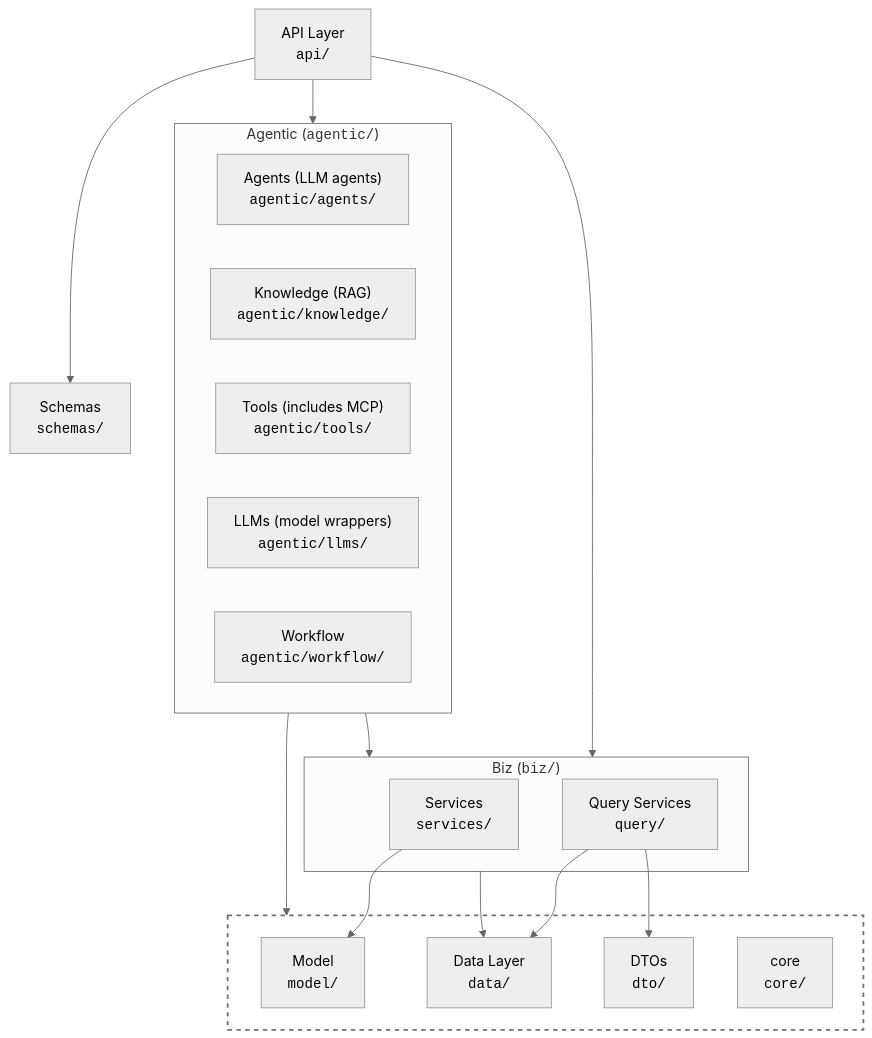
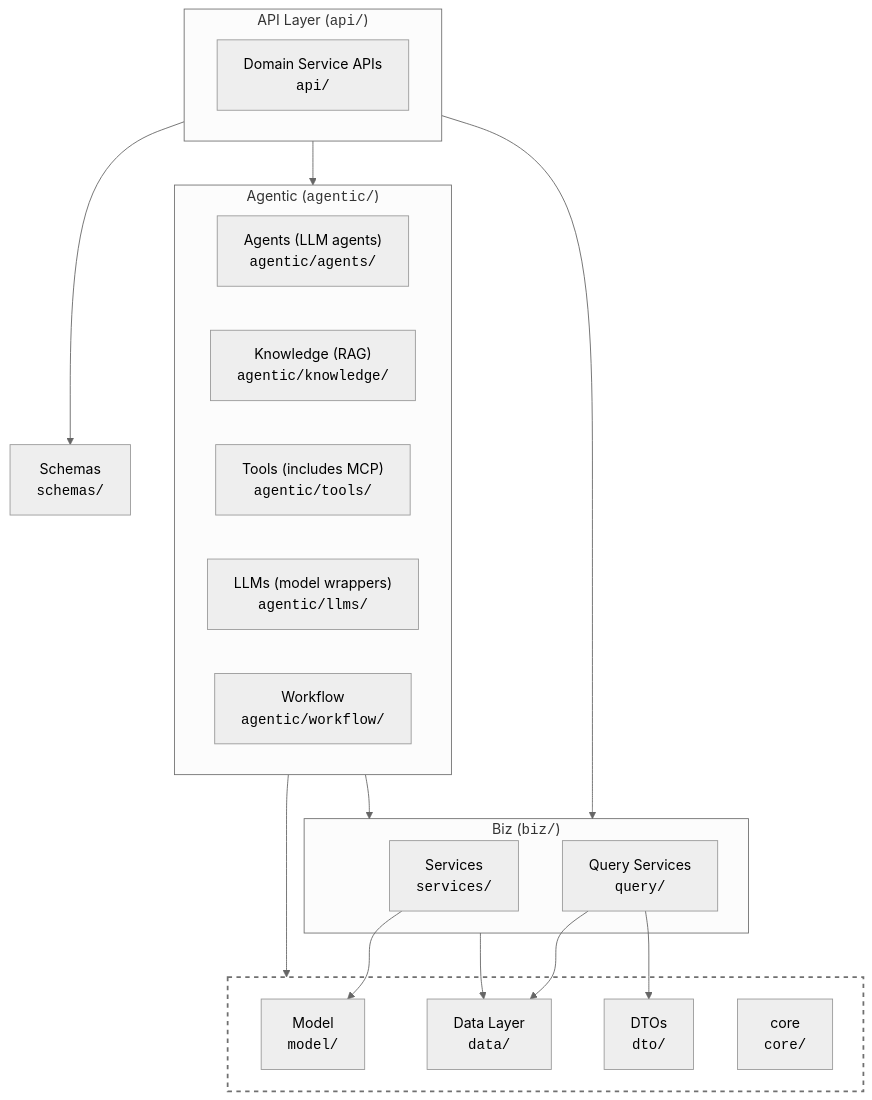
Before and after one commit to eSynergy-Solutions/architecture-patterns: the first of 6 diagrams in Patterns/Apps/Microservices/python/BDP-FastApi-agentic.md, drawn with Mermaid (neutral theme).

Commit message:
Updated sequence diagrams

````diff
--- a/Patterns/Apps/Microservices/python/BDP-FastApi-agentic.md
+++ b/Patterns/Apps/Microservices/python/BDP-FastApi-agentic.md
@@ -11,53 +11,55 @@
 ```mermaid
 graph TD
     %% Top-level boxes
-    API["API Layer<br/><code>api/</code>"]
+    subgraph API["API Layer (<code>api/</code>)"]
+        DOMAIN_APIS["Domain Service APIs<br/><code>api/</code>"]
+    end
     SCHEMAS["Schemas<br/><code>schemas/</code>"]
     subgraph BIZ["Biz (<code>biz/</code>)"]
         SERVICES["Services<br/><code>services/</code>"]
         QUERY["Query Services<br/><code>query/</code>"]
     end
     subgraph AGENTIC["Agentic (<code>agentic/</code>)"]
         AGENTS["Agents (LLM agents)<br/><code>agentic/agents/</code>"]
         KNOW["Knowledge (RAG)<br/><code>agentic/knowledge/</code>"]
         TOOLS["Tools (includes MCP)<br/><code>agentic/tools/</code>"]
         LLMS["LLMs (model wrappers)<br/><code>agentic/llms/</code>"]
         WORKFLOW["Workflow<br/><code>agentic/workflow/</code>"]
     end
 
     MODEL["Model<br/><code>model/</code>"]
     DATA["Data Layer<br/><code>data/</code>"]
     DTO["DTOs<br/><code>dto/</code>"]
 
 
 
 
     %% CORE subgraph groups SCHEMAS/DTO/MODEL/DATA; API/BIZ/AGENTIC point to the group
     subgraph VIRTUALGOUP[" "]
         DTO["DTOs<br/><code>dto/</code>"]
         MODEL["Model<br/><code>model/</code>"]
         DATA["Data Layer<br/><code>data/</code>"]
         CORE["core<br/><code>core/</code>"]
 
     end
 
 
     %% Relationships (simplified using a CORE subgraph)
     %% Agentic relationships
     AGENTIC --> VIRTUALGOUP
     API --> SCHEMAS
     AGENTIC --> BIZ
     API --> AGENTIC
     API --> BIZ
 
  
     BIZ --> DATA
     SERVICES --> MODEL
 
     QUERY --> DATA
     QUERY --> DTO
 
     %% Style attempt: dotted border for the subgraph (renderer-dependent)
     style VIRTUALGOUP stroke-dasharray: 5 5, stroke-width: 2, fill: none
 
 ```
````
